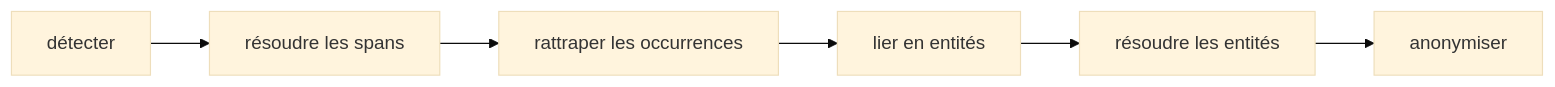
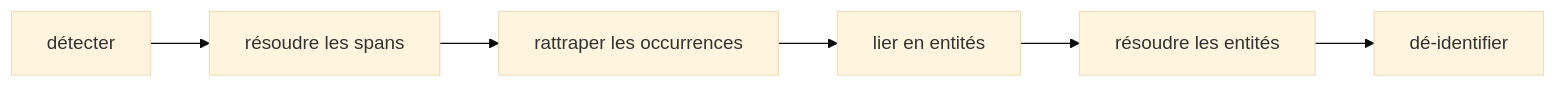
One commit to Athroniaeth/piighost changed the third of 4 diagrams in docs/fr/conception.md. Above: the diagram before and after it, drawn with Mermaid (base theme). The commit also changed other lines of this file and 62 other files, not shown here.

````diff
--- a/docs/fr/conception.md
+++ b/docs/fr/conception.md
@@ -157,4 +157,4 @@
 ```mermaid
 flowchart LR
-    A["détecter"] --> B["résoudre les spans"] --> C["rattraper les occurrences"] --> D["lier en entités"] --> E["résoudre les entités"] --> F["anonymiser"]
+    A["détecter"] --> B["résoudre les spans"] --> C["rattraper les occurrences"] --> D["lier en entités"] --> E["résoudre les entités"] --> F["dé-identifier"]
 ```
````
